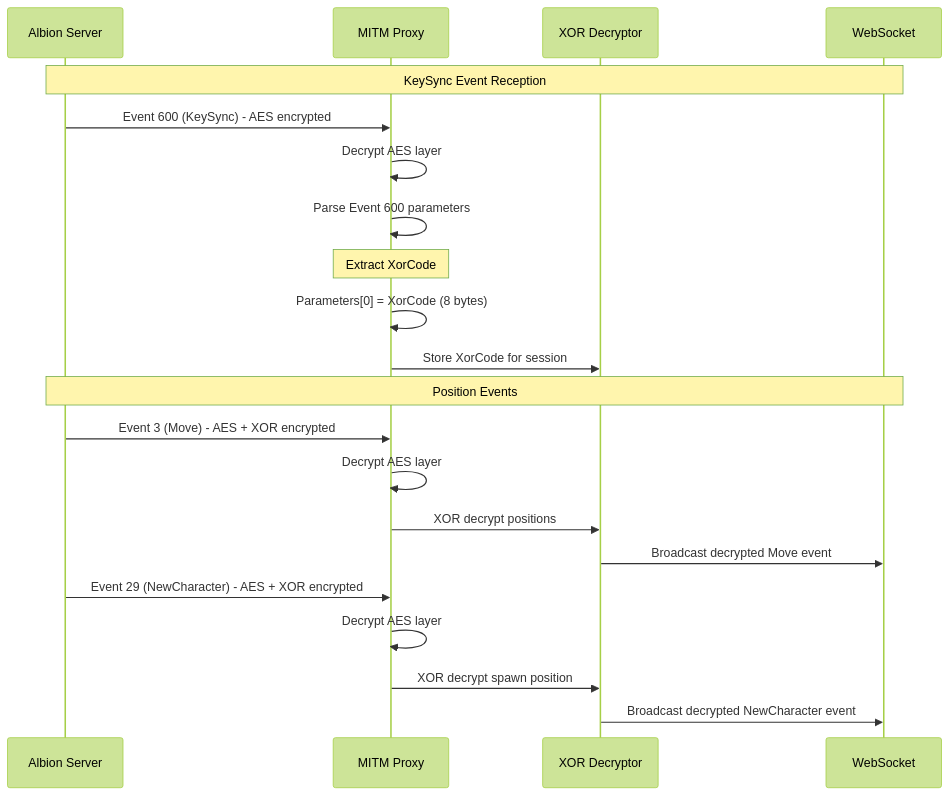
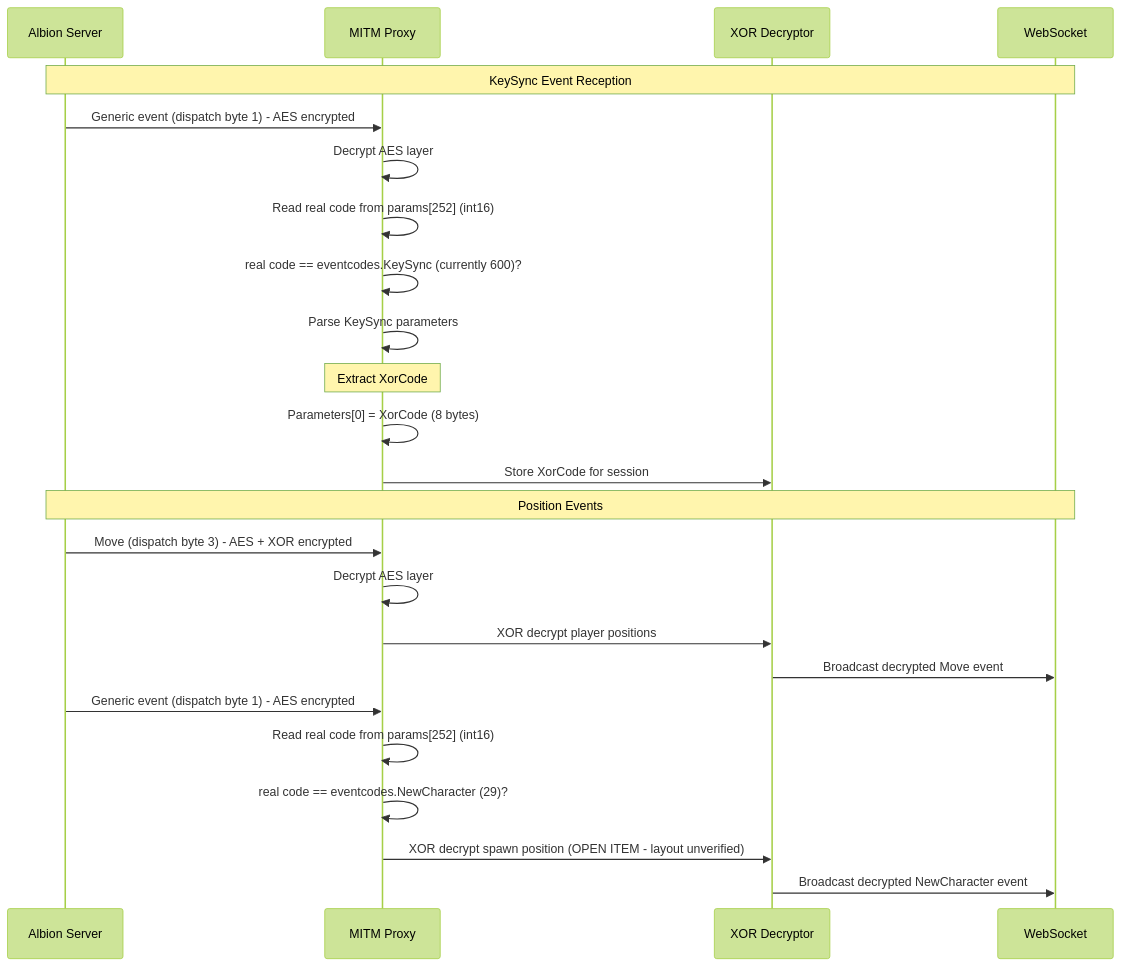
Before and after one commit to mistermausee-cmd/radar: the third of 4 diagrams in .kiro/specs/mitm-proxy-player-positions/design.md, drawn with Mermaid (forest theme). The commit also changed other lines of this file and 2 other files, not shown here.

Commit message:
spec: verify MITM spec vs Protocol18 code — fix event codes, params[252], NewCharacter layout, file paths

````diff
--- a/.kiro/specs/mitm-proxy-player-positions/design.md
+++ b/.kiro/specs/mitm-proxy-player-positions/design.md
@@ -100,27 +102,30 @@
 ```mermaid
 sequenceDiagram
     participant S as Albion Server
     participant P as MITM Proxy
     participant D as XOR Decryptor
     participant W as WebSocket
     
     Note over S,W: KeySync Event Reception
-    S->>P: Event 600 (KeySync) - AES encrypted
+    S->>P: Generic event (dispatch byte 1) - AES encrypted
     P->>P: Decrypt AES layer
-    P->>P: Parse Event 600 parameters
+    P->>P: Read real code from params[252] (int16)
+    P->>P: real code == eventcodes.KeySync (currently 600)?
+    P->>P: Parse KeySync parameters
     
     Note over P: Extract XorCode
     P->>P: Parameters[0] = XorCode (8 bytes)
     P->>D: Store XorCode for session
     
     Note over S,W: Position Events
-    S->>P: Event 3 (Move) - AES + XOR encrypted
+    S->>P: Move (dispatch byte 3) - AES + XOR encrypted
     P->>P: Decrypt AES layer
-    P->>D: XOR decrypt positions
+    P->>D: XOR decrypt player positions
     D->>W: Broadcast decrypted Move event
     
-    S->>P: Event 29 (NewCharacter) - AES + XOR encrypted
-    P->>P: Decrypt AES layer
-    P->>D: XOR decrypt spawn position
+    S->>P: Generic event (dispatch byte 1) - AES encrypted
+    P->>P: Read real code from params[252] (int16)
+    P->>P: real code == eventcodes.NewCharacter (29)?
+    P->>D: XOR decrypt spawn position (OPEN ITEM - layout unverified)
     D->>W: Broadcast decrypted NewCharacter event
 ```
````
